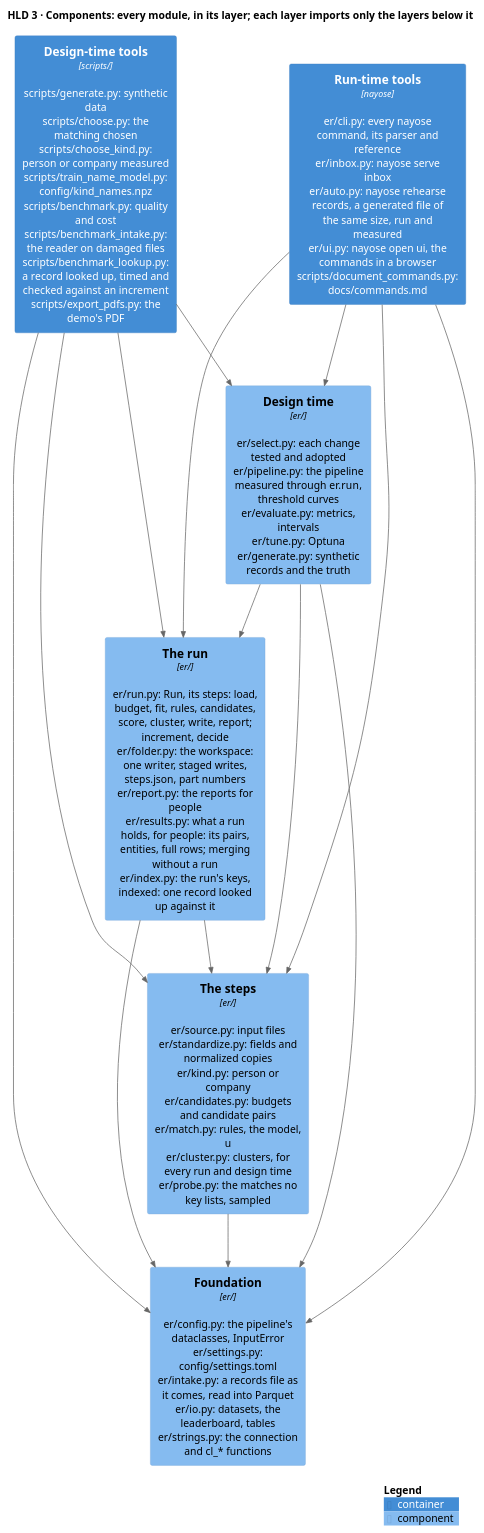
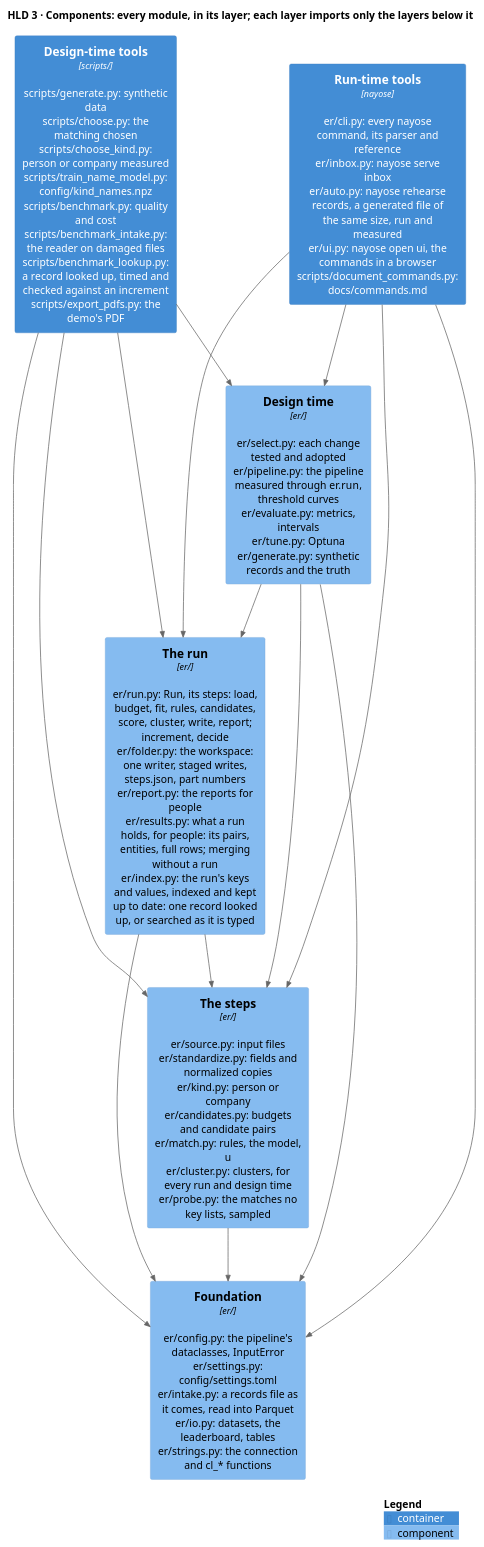
The diagram in docs/diagrams/components.puml (mvsbm/entity_matching), drawn with PlantUML before and after one commit. The commit also changed 12 other files, not shown here.

Commit message:
A record found as it is typed, by any of its values; the index kept up to date by every command that changes the run, in a fraction of a second; how many and from how many points, set on the Look up page

```diff
--- a/docs/diagrams/components.puml
+++ b/docs/diagrams/components.puml
@@ -1,31 +1,31 @@
 @startuml components
 !include <C4/C4_Component>
 LAYOUT_TOP_DOWN()
 HIDE_STEREOTYPE()
 title HLD 3 · Components: every module, in its layer; each layer imports only the layers below it
 
 Container(tools_run, "Run-time tools", "nayose", "er/cli.py: every nayose command, its parser and reference\ner/inbox.py: nayose serve inbox\ner/auto.py: nayose rehearse records, a generated file of the same size, run and measured\ner/ui.py: nayose open ui, the commands in a browser\nscripts/document_commands.py: docs/commands.md")
 Container(tools_design, "Design-time tools", "scripts/", "scripts/generate.py: synthetic data\nscripts/choose.py: the matching chosen\nscripts/choose_kind.py: person or company measured\nscripts/train_name_model.py: config/kind_names.npz\nscripts/benchmark.py: quality and cost\nscripts/benchmark_intake.py: the reader on damaged files\nscripts/benchmark_lookup.py: a record looked up, timed and checked against an increment\nscripts/export_pdfs.py: the demo's PDF")
 
-Component(run, "The run", "er/", "er/run.py: Run, its steps: load, budget, fit, rules, candidates, score, cluster, write, report; increment, decide\ner/folder.py: the workspace: one writer, staged writes, steps.json, part numbers\ner/report.py: the reports for people\ner/results.py: what a run holds, for people: its pairs, entities, full rows; merging without a run\ner/index.py: the run's keys, indexed: one record looked up against it")
+Component(run, "The run", "er/", "er/run.py: Run, its steps: load, budget, fit, rules, candidates, score, cluster, write, report; increment, decide\ner/folder.py: the workspace: one writer, staged writes, steps.json, part numbers\ner/report.py: the reports for people\ner/results.py: what a run holds, for people: its pairs, entities, full rows; merging without a run\ner/index.py: the run's keys and values, indexed and kept up to date: one record looked up, or searched as it is typed")
 Component(design, "Design time", "er/", "er/select.py: each change tested and adopted\ner/pipeline.py: the pipeline measured through er.run, threshold curves\ner/evaluate.py: metrics, intervals\ner/tune.py: Optuna\ner/generate.py: synthetic records and the truth")
 Component(steps, "The steps", "er/", "er/source.py: input files\ner/standardize.py: fields and normalized copies\ner/kind.py: person or company\ner/candidates.py: budgets and candidate pairs\ner/match.py: rules, the model, u\ner/cluster.py: clusters, for every run and design time\ner/probe.py: the matches no key lists, sampled")
 Component(configuration, "Foundation", "er/", "er/config.py: the pipeline's dataclasses, InputError\ner/settings.py: config/settings.toml\ner/intake.py: a records file as it comes, read into Parquet\ner/io.py: datasets, the leaderboard, tables\ner/strings.py: the connection and cl_* functions")
 
 Rel_D(tools_run, run, "")
 Rel_D(tools_run, steps, "")
 Rel_D(tools_run, configuration, "")
 Rel_D(tools_run, design, "")
 Rel_D(tools_design, run, "")
 Rel_D(tools_design, design, "")
 Rel_D(tools_design, steps, "")
 Rel_D(tools_design, configuration, "")
 Rel_D(run, steps, "")
 Rel_D(run, configuration, "")
 Rel_D(design, run, "")
 Rel_D(design, steps, "")
 Rel_D(design, configuration, "")
 Rel_D(steps, configuration, "")
 
 SHOW_LEGEND()
 @enduml
```
